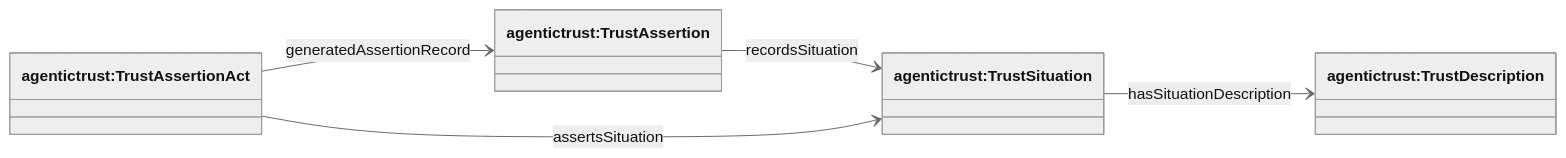
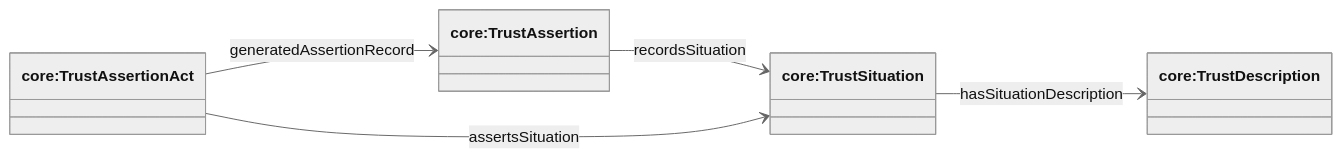
One commit to Agentic-Trust-Layer/agent-explorer changed the fifth of 9 diagrams in docs/ontology/situation.md. Above: the diagram before and after it, drawn with Mermaid (neutral theme). The commit also changed other lines of this file and 49 other files, not shown here.

````diff
--- a/docs/ontology/situation.md
+++ b/docs/ontology/situation.md
@@ -174,14 +174,14 @@
 ```mermaid
 classDiagram
 direction LR
 
-class TrustDescription["agentictrust:TrustDescription"]
-class TrustSituation["agentictrust:TrustSituation"]
-class TrustAssertion["agentictrust:TrustAssertion"]
-class TrustAssertionAct["agentictrust:TrustAssertionAct"]
+class TrustDescription["core:TrustDescription"]
+class TrustSituation["core:TrustSituation"]
+class TrustAssertion["core:TrustAssertion"]
+class TrustAssertionAct["core:TrustAssertionAct"]
 
 TrustSituation --> TrustDescription : hasSituationDescription
 TrustAssertion --> TrustSituation : recordsSituation
 TrustAssertionAct --> TrustSituation : assertsSituation
 TrustAssertionAct --> TrustAssertion : generatedAssertionRecord
 ```
````
